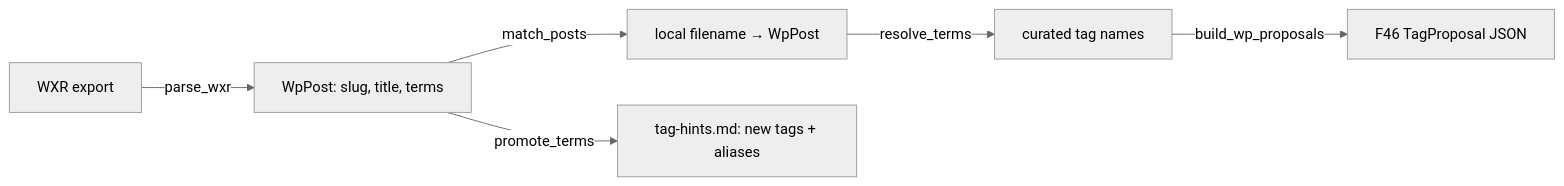
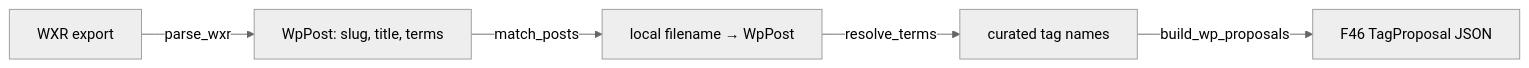
One commit to pitosalas/salasblog2 changed the diagram in 01-literate/13-wp_taxonomy.md. Above: the diagram before and after it, drawn with Mermaid (neutral theme). The commit also changed other lines of this file and 31 other files, not shown here.

First line of the commit message:
F55: close the curated tag list at 16 tags

````diff
--- a/01-literate/13-wp_taxonomy.md
+++ b/01-literate/13-wp_taxonomy.md
@@ -18,8 +18,7 @@
 ```mermaid
 flowchart LR
     A[WXR export] -->|parse_wxr| B[WpPost: slug, title, terms]
     B -->|match_posts| C[local filename → WpPost]
     C -->|resolve_terms| D[curated tag names]
     D -->|build_wp_proposals| E[F46 TagProposal JSON]
-    B -->|promote_terms| F[tag-hints.md: new tags + aliases]
 ```
````
